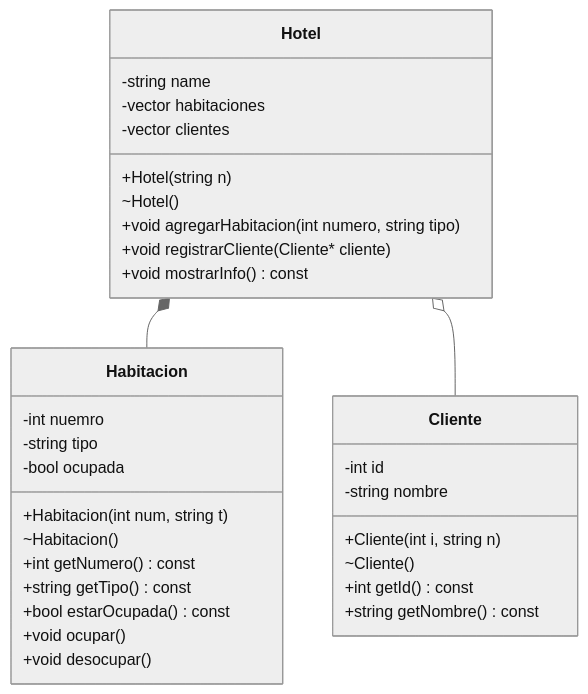
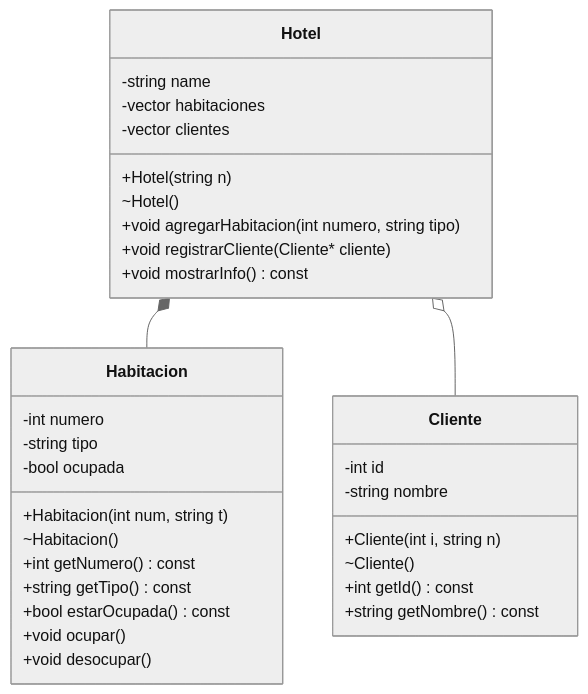
Before and after one commit to Nico271006/diagrama-uml: the diagram in solucion_marzo_21.md, drawn with Mermaid (neutral theme).

````diff
--- a/solucion_marzo_21.md
+++ b/solucion_marzo_21.md
@@ -1,42 +1,42 @@
 ```mermaid
 classDiagram
 
 class Habitacion {
--int nuemro
+-int numero
 -string tipo
 -bool ocupada
 +Habitacion(int num, string t)
 ~Habitacion()
 +int getNumero() const
 +string getTipo() const
 +bool estarOcupada() const
 +void ocupar()
 +void desocupar()
 }
 
 class Cliente {
 -int id
 -string nombre
 +Cliente(int i, string n)
 ~Cliente()
 +int getId() const
 +string getNombre() const
 }
 
 class Hotel {
 -string name
 -vector<Habitacion> habitaciones
 -vector<Cliente*> clientes
 +Hotel(string n)
 ~Hotel()
 +void agregarHabitacion(int numero, string tipo)
 +void registrarCliente(Cliente* cliente)
 +void mostrarInfo() const
 
 }
 
 Hotel *-- Habitacion
 Hotel o-- Cliente
 
 
 ```
````
